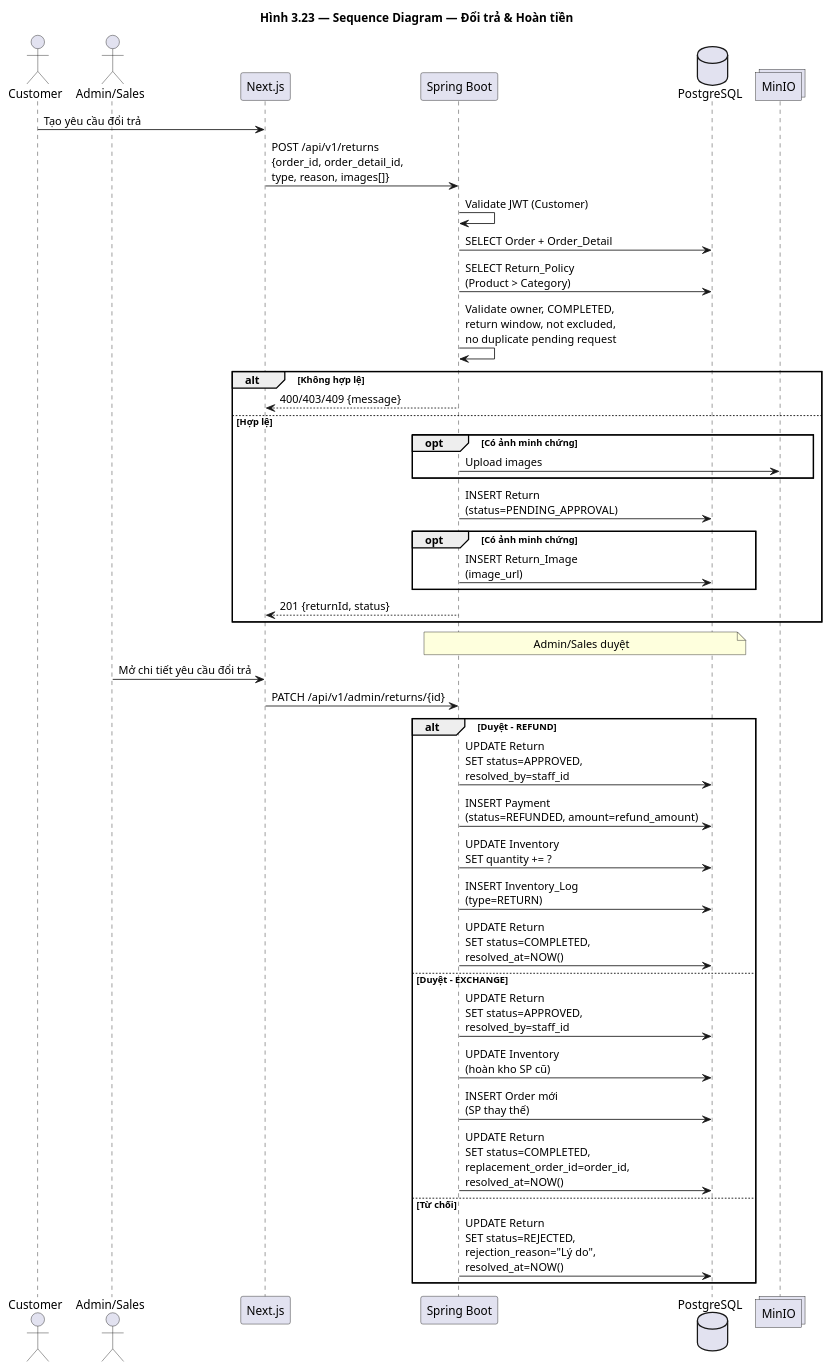
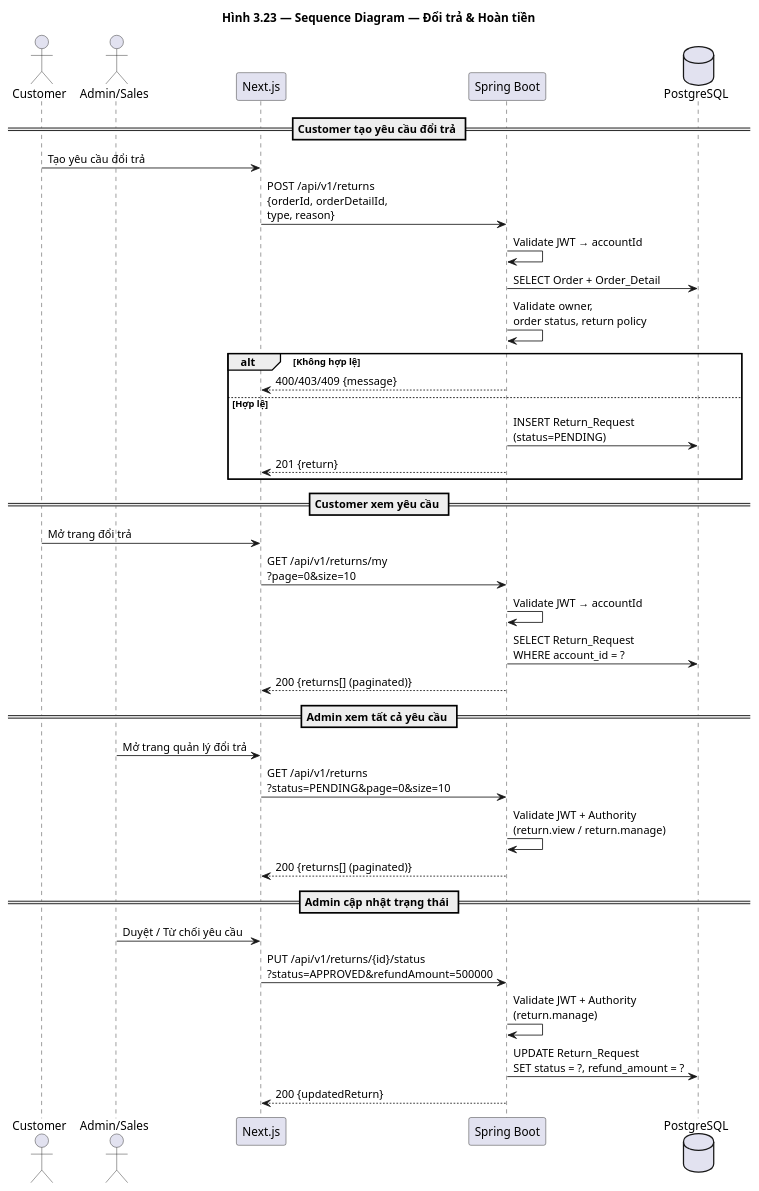
The diagram in docs/diagrams/seq_return_refund.puml (huuhieu56/PC-Parts-ECommerce), drawn with PlantUML before and after one commit. The commit also changed 28 other files, not shown here.

Commit message:
refactor: update sequence diagrams and order service logic to reflect authorization-based access and decoupled cart merging

```diff
--- a/docs/diagrams/seq_return_refund.puml
+++ b/docs/diagrams/seq_return_refund.puml
@@ -1,50 +1,43 @@
 @startuml seq_return_refund
 title Hình 3.23 — Sequence Diagram — Đổi trả & Hoàn tiền
 
 actor Customer
 actor "Admin/Sales" as Staff
 participant "Next.js" as FE
 participant "Spring Boot" as BE
 database "PostgreSQL" as DB
-collections "MinIO" as MinIO
 
+== Customer tạo yêu cầu đổi trả ==
 Customer -> FE : Tạo yêu cầu đổi trả
-FE -> BE : POST /api/v1/returns\n{order_id, order_detail_id,\ntype, reason, images[]}
-BE -> BE : Validate JWT (Customer)
+FE -> BE : POST /api/v1/returns\n{orderId, orderDetailId,\ntype, reason}
+BE -> BE : Validate JWT → accountId
 BE -> DB : SELECT Order + Order_Detail
-BE -> DB : SELECT Return_Policy\n(Product > Category)
-BE -> BE : Validate owner, COMPLETED,\nreturn window, not excluded,\nno duplicate pending request
-
+BE -> BE : Validate owner,\norder status, return policy
 alt Không hợp lệ
     BE --> FE : 400/403/409 {message}
 else Hợp lệ
-    opt Có ảnh minh chứng
-        BE -> MinIO : Upload images
-    end
-    BE -> DB : INSERT Return\n(status=PENDING_APPROVAL)
-    opt Có ảnh minh chứng
-        BE -> DB : INSERT Return_Image\n(image_url)
-    end
-    BE --> FE : 201 {returnId, status}
+    BE -> DB : INSERT Return_Request\n(status=PENDING)
+    BE --> FE : 201 {return}
 end
 
-note over BE, DB : Admin/Sales duyệt
-Staff -> FE : Mở chi tiết yêu cầu đổi trả
-FE -> BE : PATCH /api/v1/admin/returns/{id}
+== Customer xem yêu cầu ==
+Customer -> FE : Mở trang đổi trả
+FE -> BE : GET /api/v1/returns/my\n?page=0&size=10
+BE -> BE : Validate JWT → accountId
+BE -> DB : SELECT Return_Request\nWHERE account_id = ?
+BE --> FE : 200 {returns[] (paginated)}
 
-alt Duyệt - REFUND
-    BE -> DB : UPDATE Return\nSET status=APPROVED,\nresolved_by=staff_id
-    BE -> DB : INSERT Payment\n(status=REFUNDED, amount=refund_amount)
-    BE -> DB : UPDATE Inventory\nSET quantity += ?
-    BE -> DB : INSERT Inventory_Log\n(type=RETURN)
-    BE -> DB : UPDATE Return\nSET status=COMPLETED,\nresolved_at=NOW()
-else Duyệt - EXCHANGE
-    BE -> DB : UPDATE Return\nSET status=APPROVED,\nresolved_by=staff_id
-    BE -> DB : UPDATE Inventory\n(hoàn kho SP cũ)
-    BE -> DB : INSERT Order mới\n(SP thay thế)
-    BE -> DB : UPDATE Return\nSET status=COMPLETED,\nreplacement_order_id=order_id,\nresolved_at=NOW()
-else Từ chối
-    BE -> DB : UPDATE Return\nSET status=REJECTED,\nrejection_reason="Lý do",\nresolved_at=NOW()
-end
+== Admin xem tất cả yêu cầu ==
+Staff -> FE : Mở trang quản lý đổi trả
+FE -> BE : GET /api/v1/returns\n?status=PENDING&page=0&size=10
+BE -> BE : Validate JWT + Authority\n(return.view / return.manage)
+BE --> FE : 200 {returns[] (paginated)}
+
+== Admin cập nhật trạng thái ==
+Staff -> FE : Duyệt / Từ chối yêu cầu
+FE -> BE : PUT /api/v1/returns/{id}/status\n?status=APPROVED&refundAmount=500000
+BE -> BE : Validate JWT + Authority\n(return.manage)
+BE -> DB : UPDATE Return_Request\nSET status = ?, refund_amount = ?
+BE --> FE : 200 {updatedReturn}
 
 @enduml
```
